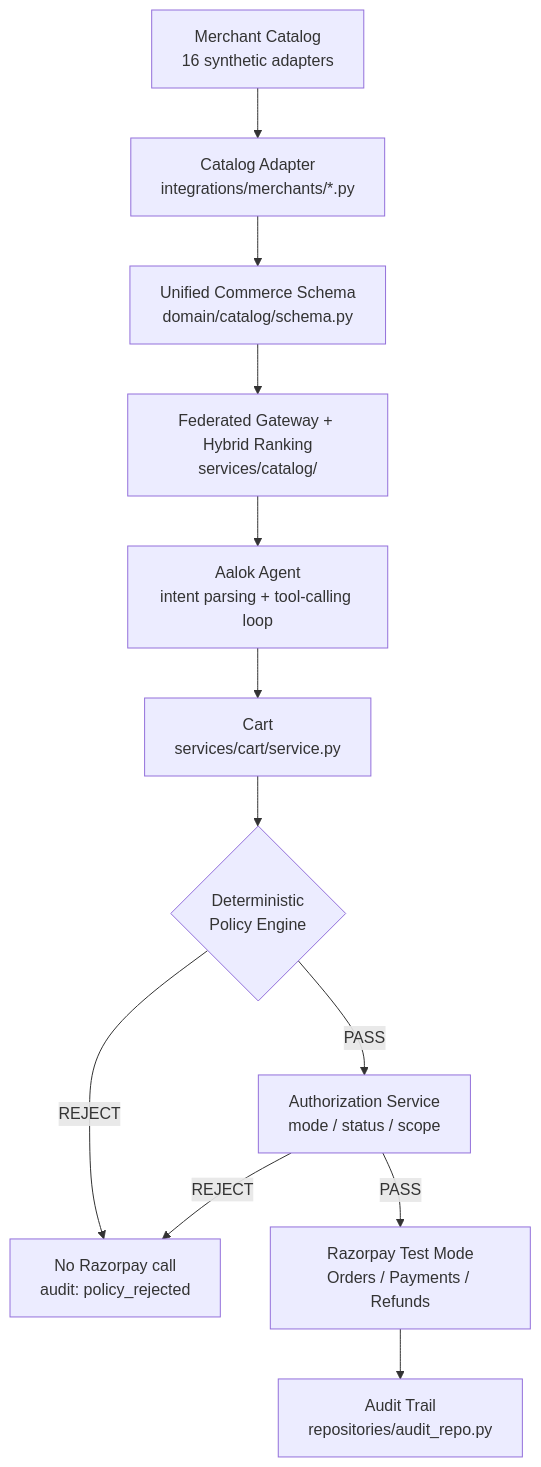
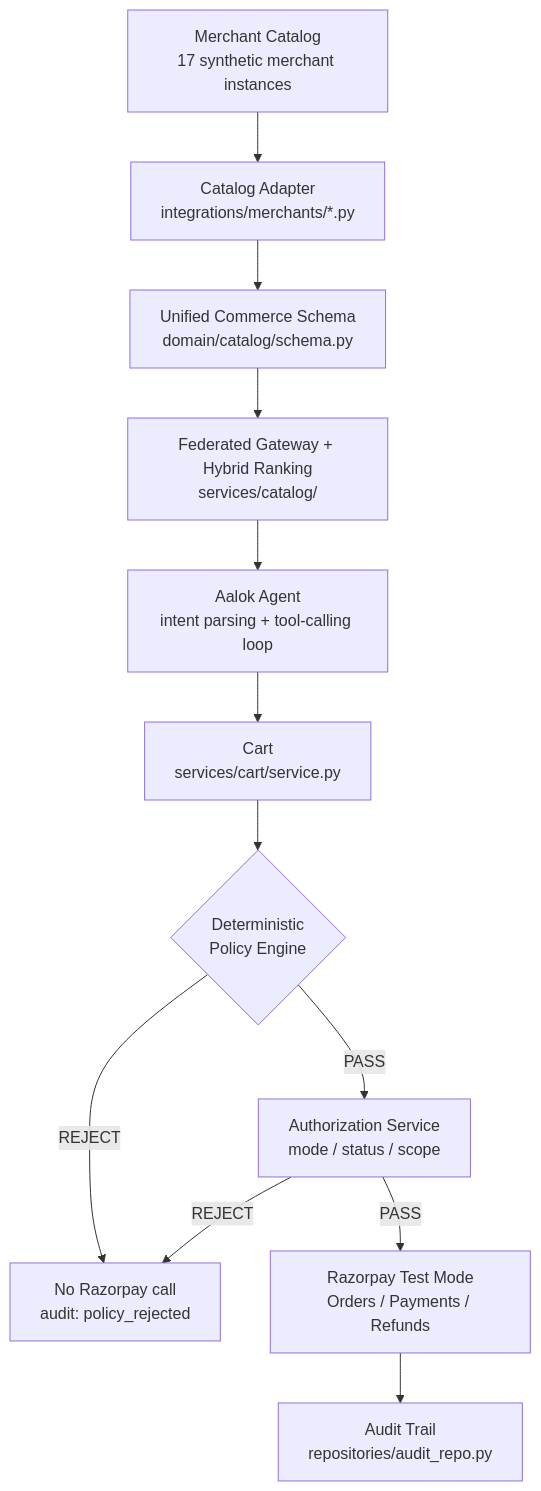
Before and after one commit to kanishkasalgude/Aalok: the first of 2 diagrams in README.md, drawn with Mermaid. The commit also changed other lines of this file and 41 other files, not shown here.

````diff
--- a/README.md
+++ b/README.md
@@ -283,14 +173,14 @@
 ```mermaid
 flowchart TD
-    A[Merchant Catalog<br/>16 synthetic adapters] --> B[Catalog Adapter<br/>integrations/merchants/*.py]
+    A[Merchant Catalog<br/>17 synthetic merchant instances] --> B[Catalog Adapter<br/>integrations/merchants/*.py]
     B --> C[Unified Commerce Schema<br/>domain/catalog/schema.py]
     C --> D[Federated Gateway + Hybrid Ranking<br/>services/catalog/]
     D --> E[Aalok Agent<br/>intent parsing + tool-calling loop]
     E --> F[Cart<br/>services/cart/service.py]
     F --> G{Deterministic<br/>Policy Engine}
     G -->|REJECT| H[No Razorpay call<br/>audit: policy_rejected]
     G -->|PASS| I[Authorization Service<br/>mode / status / scope]
     I -->|REJECT| H
     I -->|PASS| J[Razorpay Test Mode<br/>Orders / Payments / Refunds]
     J --> K[Audit Trail<br/>repositories/audit_repo.py]
 ```
````
